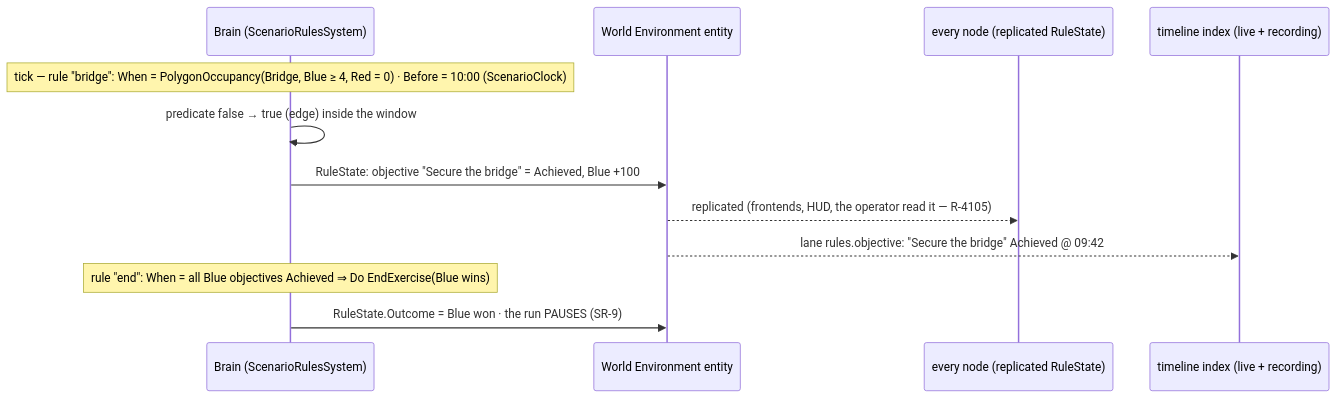
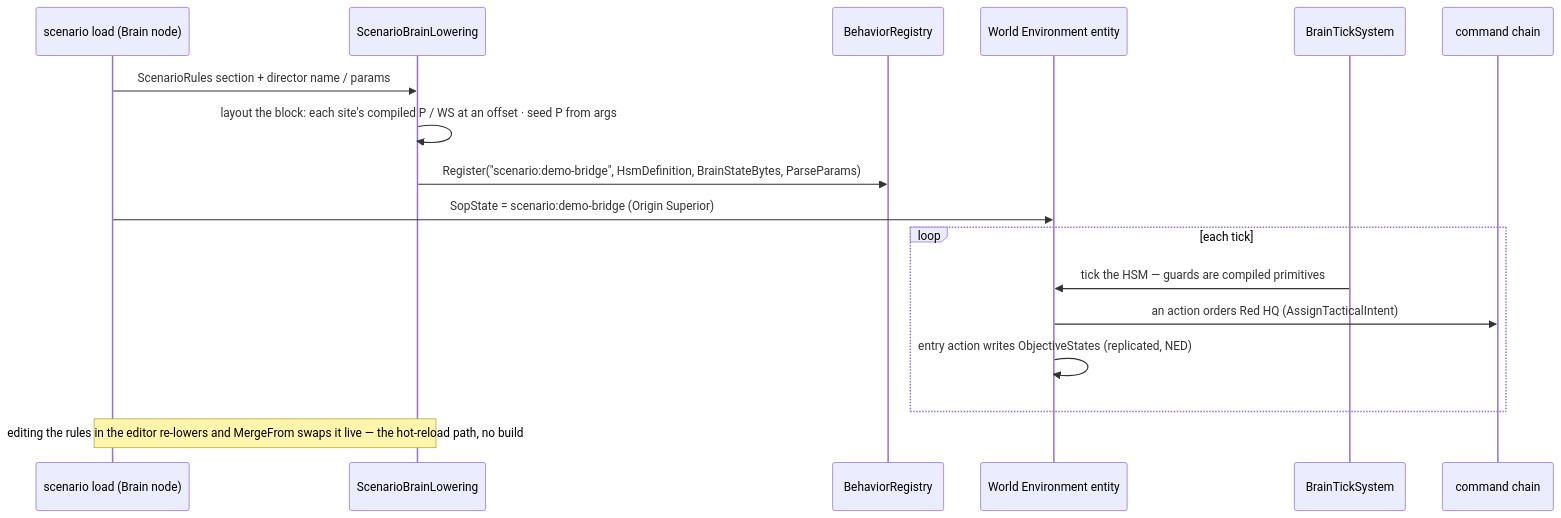
One commit to pjanec/HROT changed the third of 4 diagrams in docs/DESIGN_Scenario_Rules.md. Above: the diagram before and after it, drawn with Mermaid. The commit also changed other lines of this file and 7 other files, not shown here.

````diff
--- a/docs/DESIGN_Scenario_Rules.md
+++ b/docs/DESIGN_Scenario_Rules.md
@@ -99,14 +149,19 @@
 ```mermaid
 sequenceDiagram
-    participant B as Brain (ScenarioRulesSystem)
+    participant L as scenario load (Brain node)
+    participant LOW as ScenarioBrainLowering
+    participant R as BehaviorRegistry
     participant W as World Environment entity
-    participant N as every node (replicated RuleState)
-    participant T as timeline index (live + recording)
-    Note over B: tick — rule "bridge": When = PolygonOccupancy(Bridge, Blue ≥ 4, Red = 0) · Before = 10:00 (ScenarioClock)
-    B->>B: predicate false → true (edge) inside the window
-    B->>W: RuleState: objective "Secure the bridge" = Achieved, Blue +100
-    W-->>N: replicated (frontends, HUD, the operator read it — R-4105)
-    W-->>T: lane rules.objective: "Secure the bridge" Achieved @ 09:42
-    Note over B: rule "end": When = all Blue objectives Achieved ⇒ Do EndExercise(Blue wins)
-    B->>W: RuleState.Outcome = Blue won · the run PAUSES (SR-9)
+    participant B as BrainTickSystem
+    participant C as command chain
+    L->>LOW: ScenarioRules section + director name / params
+    LOW->>LOW: layout the block: each site's compiled P / WS at an offset · seed P from args
+    LOW->>R: Register("scenario:demo-bridge", HsmDefinition, BrainStateBytes, ParseParams)
+    L->>W: SopState = scenario:demo-bridge (Origin Superior)
+    loop each tick
+        B->>W: tick the HSM — guards are compiled primitives
+        W->>C: an action orders Red HQ (AssignTacticalIntent)
+        W->>W: entry action writes ObjectiveStates (replicated, NED)
+    end
+    Note over L,LOW: editing the rules in the editor re-lowers and MergeFrom swaps it live — the hot-reload path, no build
 ```
````
